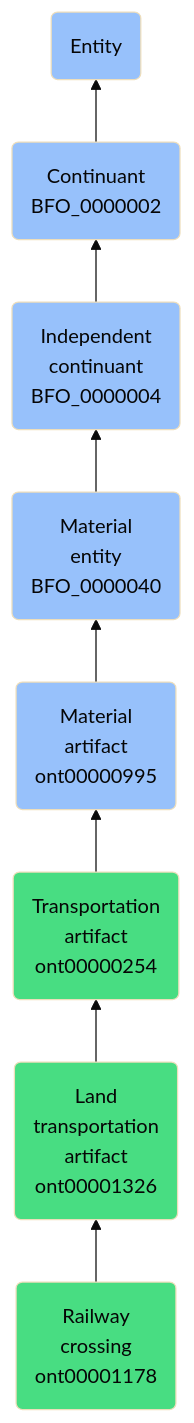
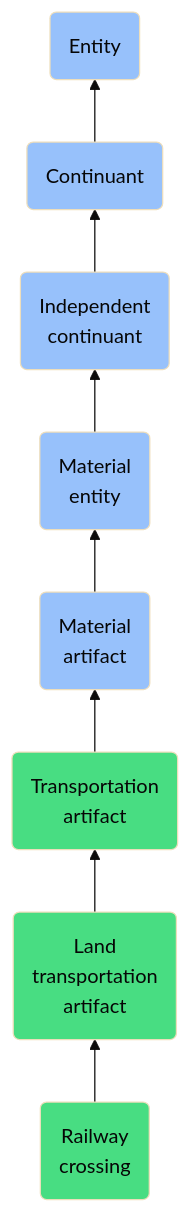
Before and after one commit to jupyter-naas/abi: the diagram in docs/ontology/reference/model/Entity/Continuant/Independent continuant/Material entity/Material artifact/Transportation artifact/Land transportation artifact/Railway crossing/Railway crossing.md, drawn with Mermaid (base theme). The commit also changed other lines of this file and 1430 other files, not shown here.

````diff
--- a/docs/ontology/reference/model/Entity/Continuant/Independent continuant/Material entity/Material artifact/Transportation artifact/Land transportation artifact/Railway crossing/Railway crossing.md
+++ b/docs/ontology/reference/model/Entity/Continuant/Independent continuant/Material entity/Material artifact/Transportation artifact/Land transportation artifact/Railway crossing/Railway crossing.md
@@ -24,15 +24,15 @@
 ```mermaid
 graph BT
-    ont00001178(Railway<br>crossing<br>ont00001178):::ABI-->ont00001326
-    ont00001326(Land<br>transportation<br>artifact<br>ont00001326):::ABI-->ont00000254
-    ont00000254(Transportation<br>artifact<br>ont00000254):::ABI-->ont00000995
-    ont00000995(Material<br>artifact<br>ont00000995):::BFO-->BFO_0000040
-    BFO_0000040(Material<br>entity<br>BFO_0000040):::BFO-->BFO_0000004
-    BFO_0000004(Independent<br>continuant<br>BFO_0000004):::BFO-->BFO_0000002
-    BFO_0000002(Continuant<br>BFO_0000002):::BFO-->BFO_0000001
+    ont00001178(Railway<br>crossing):::ABI-->ont00001326
+    ont00001326(Land<br>transportation<br>artifact):::ABI-->ont00000254
+    ont00000254(Transportation<br>artifact):::ABI-->ont00000995
+    ont00000995(Material<br>artifact):::BFO-->BFO_0000040
+    BFO_0000040(Material<br>entity):::BFO-->BFO_0000004
+    BFO_0000004(Independent<br>continuant):::BFO-->BFO_0000002
+    BFO_0000002(Continuant):::BFO-->BFO_0000001
     BFO_0000001(Entity):::BFO
     
     classDef BFO fill:#97c1fb,color:#060606
     classDef CCO fill:#e4c51e,color:#060606
     classDef ABI fill:#48DD82,color:#060606
 ```
````
